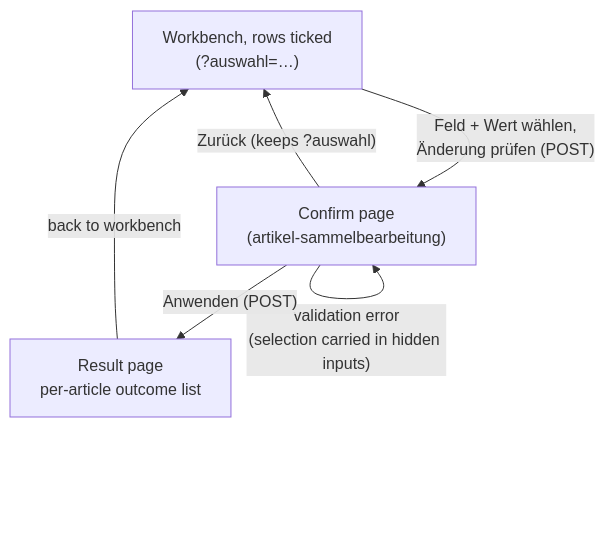
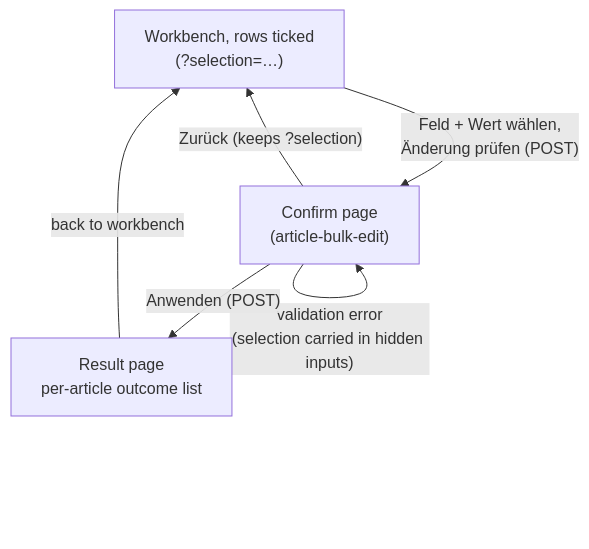
The fifth of 7 diagrams in docs/design/userflows.md (deutscher-pfadfinderbund/bundesarchiv), drawn with Mermaid before and after one commit. The commit also changed other lines of this file and 3 other files, not shown here.

````diff
--- a/docs/design/userflows.md
+++ b/docs/design/userflows.md
@@ -139,8 +139,8 @@
 ```mermaid
 flowchart TD
-    WB["Workbench, rows ticked\n(?auswahl=…)"] -->|"Feld + Wert wählen,\nÄnderung prüfen (POST)"| PRUEF["Confirm page\n(artikel-sammelbearbeitung)"]
+    WB["Workbench, rows ticked\n(?selection=…)"] -->|"Feld + Wert wählen,\nÄnderung prüfen (POST)"| PRUEF["Confirm page\n(article-bulk-edit)"]
     PRUEF -->|"validation error\n(selection carried in hidden inputs)"| PRUEF
     PRUEF -->|"Anwenden (POST)"| ERG["Result page\nper-article outcome list"]
-    PRUEF -->|"Zurück (keeps ?auswahl)"| WB
+    PRUEF -->|"Zurück (keeps ?selection)"| WB
     ERG -->|"back to workbench"| WB
 ```
````
